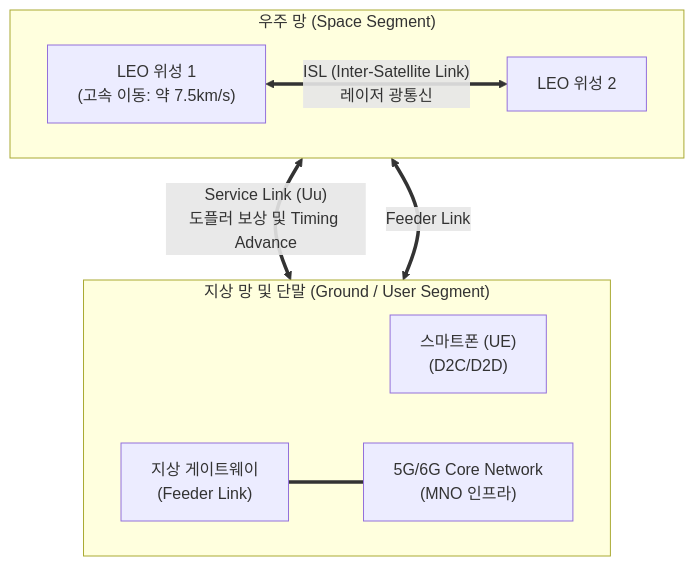
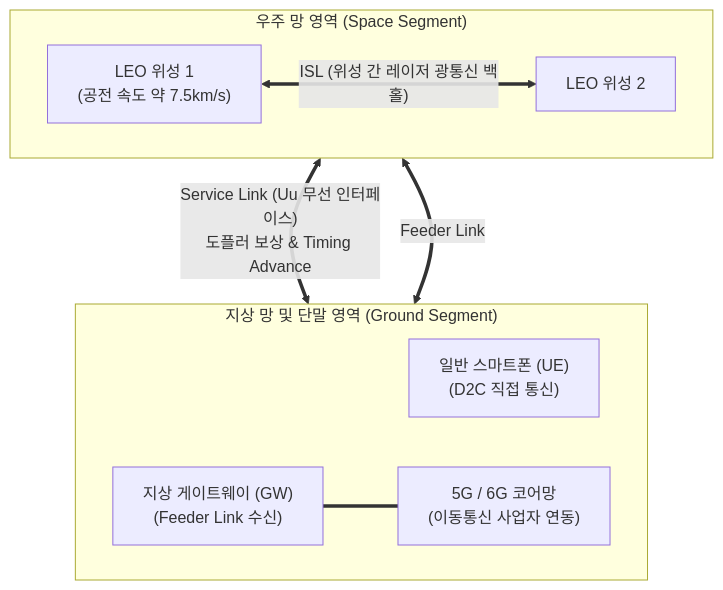
One commit to supremethumb/supremethumb.github.io changed the diagram in content/01_IT Tech/저궤도 위성.md. Above: the diagram before and after it, drawn with Mermaid. The commit also changed other lines of this file and 362 other files, not shown here.

````diff
--- a/content/01_IT Tech/저궤도 위성.md
+++ b/content/01_IT Tech/저궤도 위성.md
@@ -27,23 +31,22 @@
 ```mermaid
 flowchart TB
-    subgraph Space_Segment ["우주 망 (Space Segment)"]
+    subgraph Space_Segment ["우주 망 영역 (Space Segment)"]
         direction LR
-        LEO1["LEO 위성 1<br/>(고속 이동: 약 7.5km/s)"]
+        LEO1["LEO 위성 1<br/>(공전 속도 약 7.5km/s)"]
         LEO2["LEO 위성 2"]
         
-        LEO1 <== "ISL (Inter-Satellite Link)<br/>레이저 광통신" ==> LEO2
+        LEO1 <== "ISL (위성 간 레이저 광통신 백홀)" ==> LEO2
     end
     
-    subgraph Ground_Segment ["지상 망 및 단말 (Ground / User Segment)"]
+    subgraph Ground_Segment ["지상 망 및 단말 영역 (Ground Segment)"]
         direction LR
-        UE["스마트폰 (UE)<br/>(D2C/D2D)"]
-        GW["지상 게이트웨이<br/>(Feeder Link)"]
-        Core["5G/6G Core Network<br/>(MNO 인프라)"]
+        UE["일반 스마트폰 (UE)<br/>(D2C 직접 통신)"]
+        GW["지상 게이트웨이 (GW)<br/>(Feeder Link 수신)"]
+        Core["5G / 6G 코어망<br/>(이동통신 사업자 연동)"]
         
         GW === Core
     end
     
-    LEO1 <== "Service Link (Uu)<br/>도플러 보상 및 Timing Advance" ==> UE
+    LEO1 <== "Service Link (Uu 무선 인터페이스)<br/>도플러 보상 & Timing Advance" ==> UE
     LEO2 <== "Feeder Link" ==> GW
-
 ```
````
